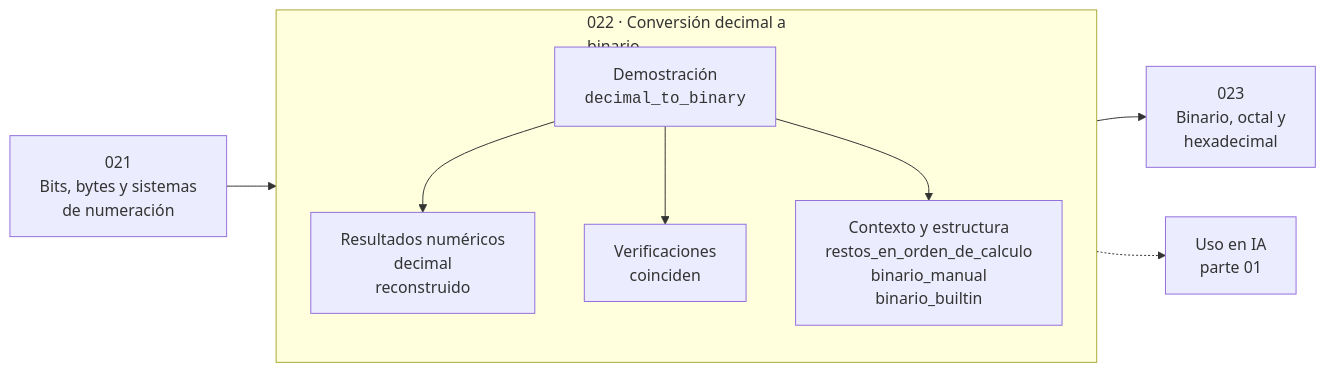
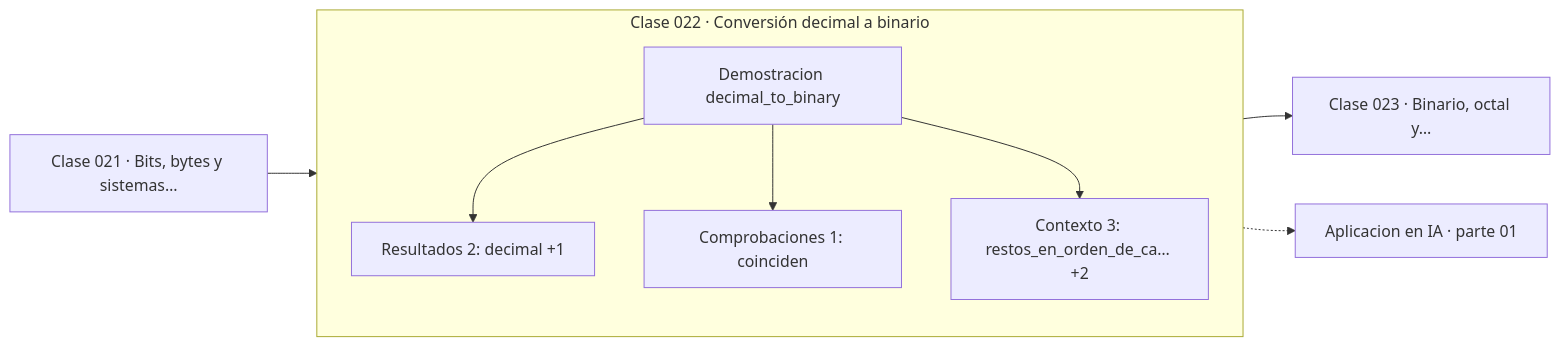
One commit to vladimiracunadev-create/computational-mathematics-program changed the diagram in classes/part-01-aritmetica-computacional-y-representacion-numerica/022-conversion-decimal-a-binario/README.md. Above: the diagram before and after it, drawn with Mermaid. The commit also changed 389 other files, not shown here.

First line of the commit message:
fix(diagramas): elimina el HTML de las etiquetas Mermaid

````diff
--- a/classes/part-01-aritmetica-computacional-y-representacion-numerica/022-conversion-decimal-a-binario/README.md
+++ b/classes/part-01-aritmetica-computacional-y-representacion-numerica/022-conversion-decimal-a-binario/README.md
@@ -35,12 +35,13 @@
 ```mermaid
 flowchart LR
-    P["021<br/>Bits, bytes y sistemas<br/>de numeración"] --> C
-    subgraph C["022 · Conversión decimal a<br/>binario"]
+    P["Clase 021 · Bits, bytes y sistemas…"] --> D
+    subgraph CLASE["Clase 022 · Conversión decimal a binario"]
         direction TB
-        D["Demostración<br/><code>decimal_to_binary</code>"] --> R["Resultados numéricos<br/>decimal<br/>reconstruido"]
-        D --> V["Verificaciones<br/>coinciden"]
-        D --> O["Contexto y estructura<br/>restos_en_orden_de_calculo<br/>binario_manual<br/>binario_builtin"]
+        D["Demostracion decimal_to_binary"]
+        D --> R["Resultados 2: decimal +1"]
+        D --> V["Comprobaciones 1: coinciden"]
+        D --> O["Contexto 3: restos_en_orden_de_ca… +2"]
     end
-    C --> N["023<br/>Binario, octal y<br/>hexadecimal"]
-    C -.-> IA["Uso en IA<br/>parte 01"]
+    R --> N["Clase 023 · Binario, octal y…"]
+    V -.-> IA["Aplicacion en IA · parte 01"]
 ```
````
